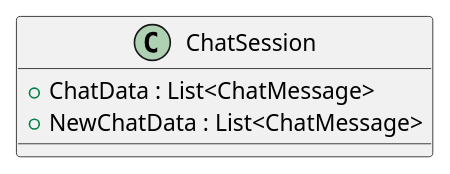
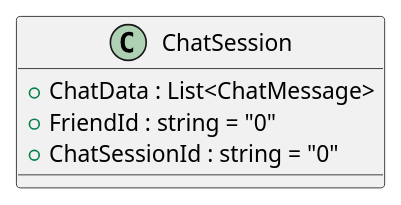
Before and after one commit to cutehusky/VirtualChat3D: the diagram in src/Assets/Scripts/Core/MessageModule/puml/Model/ChatSession.puml, drawn with PlantUML. The commit also changed 71 other files, not shown here.

First line of the commit message:
Update class diagram generation

```diff
--- a/src/Assets/Scripts/Core/MessageModule/puml/Model/ChatSession.puml
+++ b/src/Assets/Scripts/Core/MessageModule/puml/Model/ChatSession.puml
@@ -1,6 +1,7 @@
 @startuml
 class ChatSession {
     + ChatData : List<ChatMessage>
-    + NewChatData : List<ChatMessage>
+    + FriendId : string = "0"
+    + ChatSessionId : string = "0"
 }
 @enduml
```
